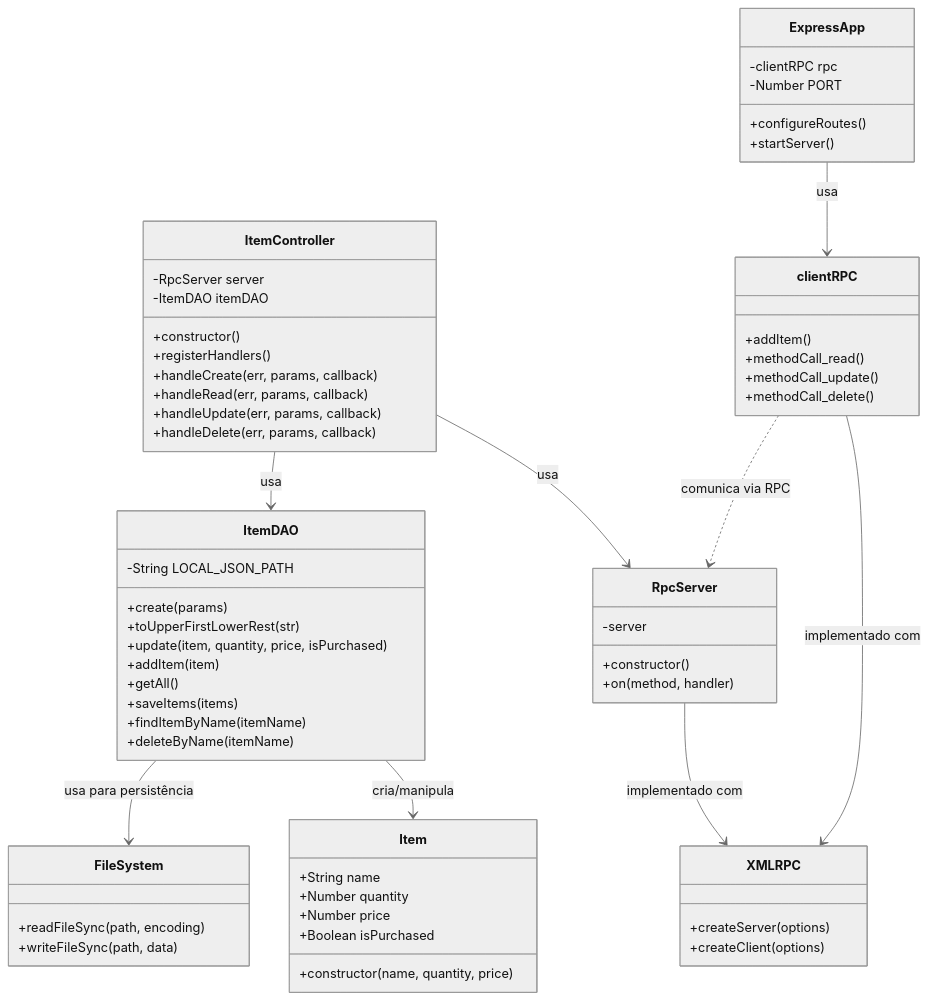
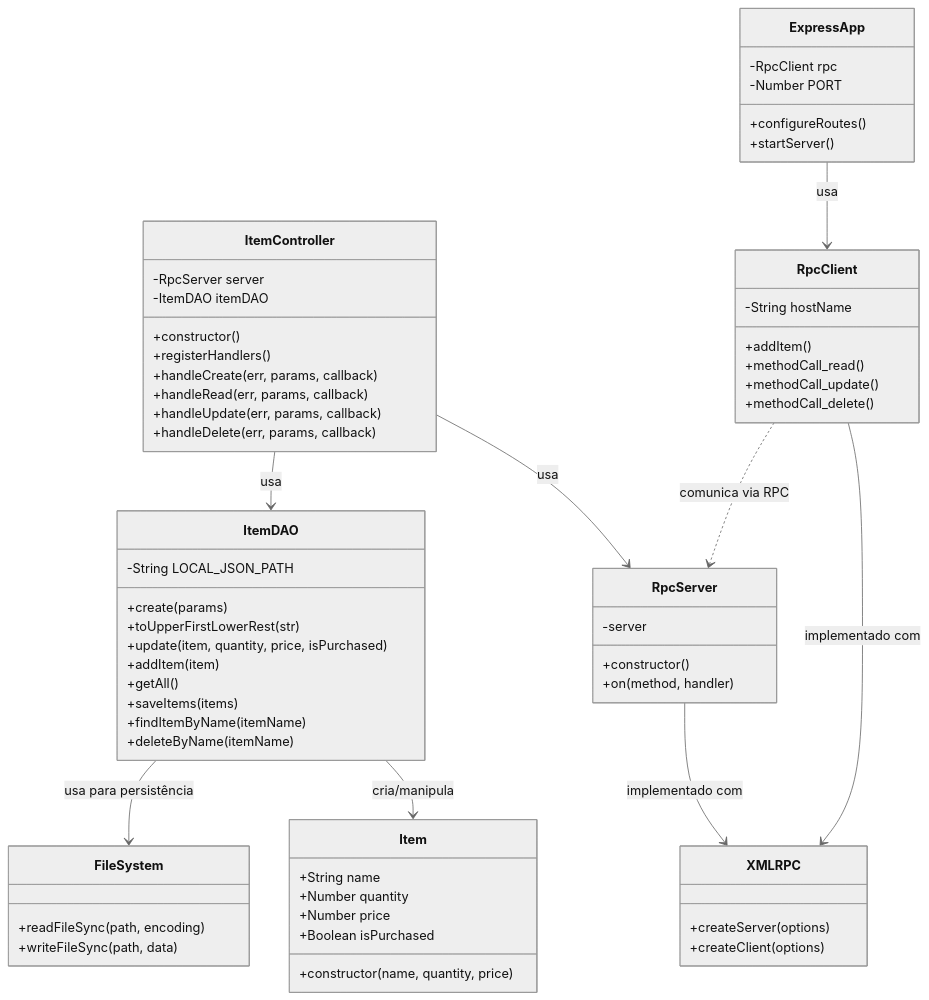
Before and after one commit to StephanyeCunto/Lista_De_Compras_RPC: the diagram in README.md, drawn with Mermaid (neutral theme). The commit also changed other lines of this file and 3 other files, not shown here.

````diff
--- a/README.md
+++ b/README.md
@@ -84,72 +243,73 @@
 ```mermaid
 classDiagram
     class Item {
         +String name
         +Number quantity
         +Number price
         +Boolean isPurchased
         +constructor(name, quantity, price)
     }
     
     class ItemDAO {
         -String LOCAL_JSON_PATH
         +create(params)
         +toUpperFirstLowerRest(str)
         +update(item, quantity, price, isPurchased)
         +addItem(item)
         +getAll()
         +saveItems(items)
         +findItemByName(itemName)
         +deleteByName(itemName)
     }
     
     class ItemController {
         -RpcServer server
         -ItemDAO itemDAO
         +constructor()
         +registerHandlers()
         +handleCreate(err, params, callback)
         +handleRead(err, params, callback)
         +handleUpdate(err, params, callback)
         +handleDelete(err, params, callback)
     }
     
     class RpcServer {
         -server
         +constructor()
         +on(method, handler)
     }
     
-    class clientRPC {
+    class RpcClient {
+        -String hostName
         +addItem()
         +methodCall_read()
         +methodCall_update()
         +methodCall_delete()
     }
     
     class ExpressApp {
-        -clientRPC rpc
+        -RpcClient rpc
         -Number PORT
         +configureRoutes()
         +startServer()
     }
     
     class FileSystem {
         +readFileSync(path, encoding)
         +writeFileSync(path, data)
     }
     
     class XMLRPC {
         +createServer(options)
         +createClient(options)
     }
     
     ItemController --> RpcServer : usa
     ItemController --> ItemDAO : usa
     ItemDAO --> Item : cria/manipula
     ItemDAO --> FileSystem : usa para persistência
     RpcServer --> XMLRPC : implementado com
-    clientRPC --> XMLRPC : implementado com
-    clientRPC ..> RpcServer : comunica via RPC
-    ExpressApp --> clientRPC : usa
+    RpcClient --> XMLRPC : implementado com
+    RpcClient ..> RpcServer : comunica via RPC
+    ExpressApp --> RpcClient : usa
 ```
````
